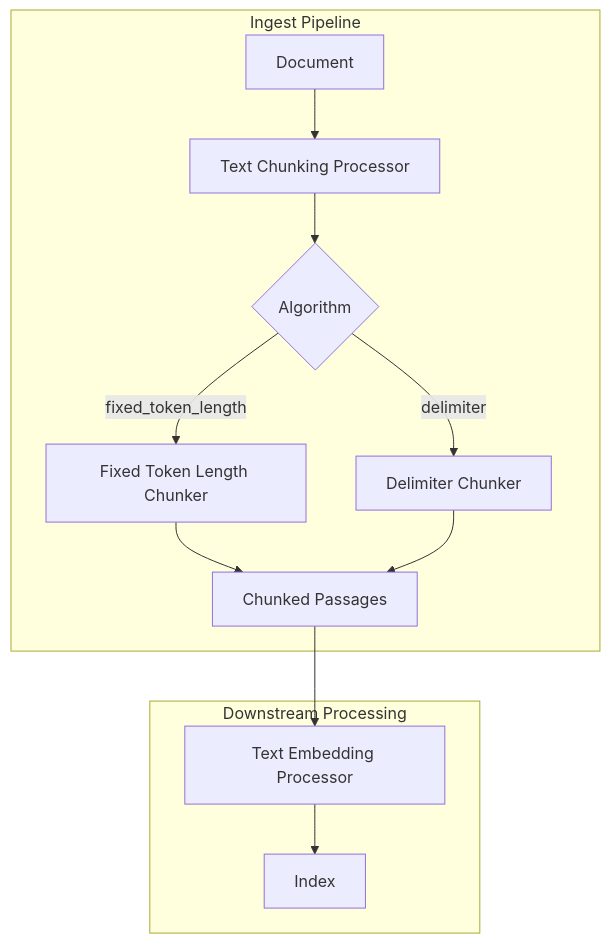
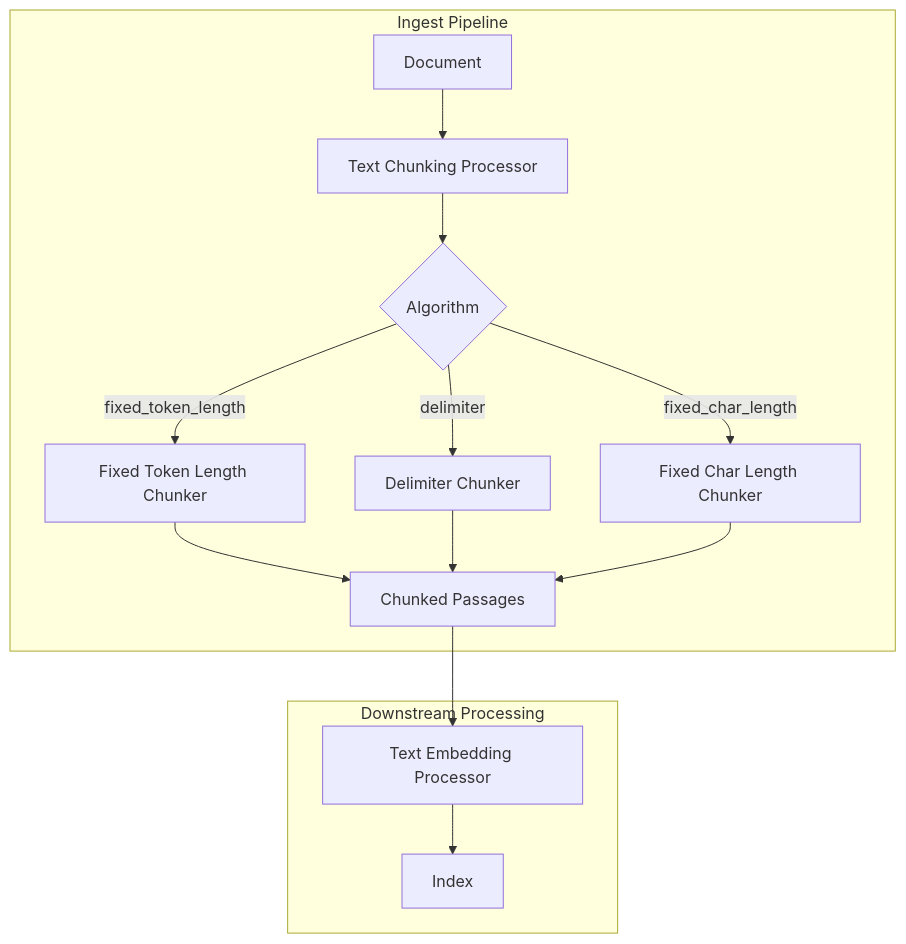
One commit to tkykenmt/opensearch-feature-explorer changed the first of 2 diagrams in docs/features/neural-search/text-chunking.md. Above: the diagram before and after it, drawn with Mermaid. The commit also changed other lines of this file and 3 other files, not shown here.

````diff
--- a/docs/features/neural-search/text-chunking.md
+++ b/docs/features/neural-search/text-chunking.md
@@ -11,15 +11,17 @@
 ```mermaid
 graph TB
     subgraph "Ingest Pipeline"
         DOC[Document] --> TCP[Text Chunking Processor]
         TCP --> ALGO{Algorithm}
         ALGO -->|fixed_token_length| FTL[Fixed Token Length Chunker]
         ALGO -->|delimiter| DEL[Delimiter Chunker]
+        ALGO -->|fixed_char_length| FCL[Fixed Char Length Chunker]
         FTL --> OUT[Chunked Passages]
         DEL --> OUT
+        FCL --> OUT
     end
     subgraph "Downstream Processing"
         OUT --> EMB[Text Embedding Processor]
         EMB --> IDX[Index]
     end
 ```
````
